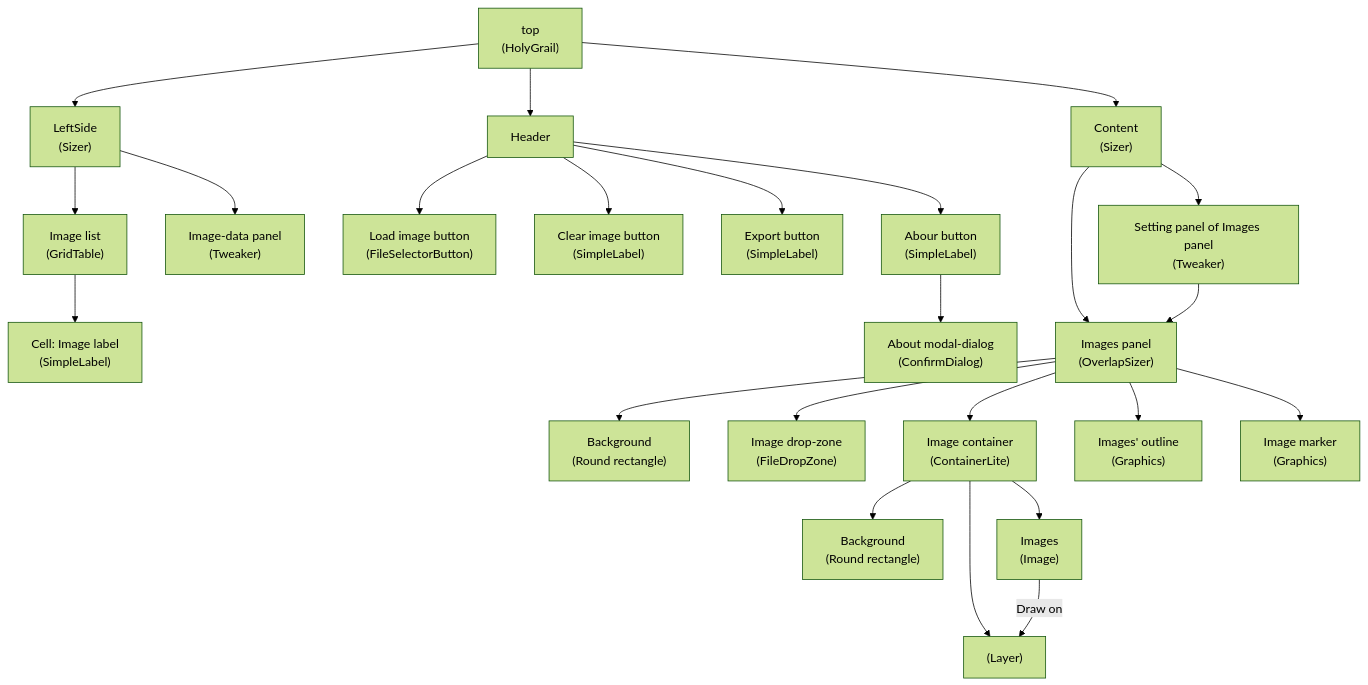
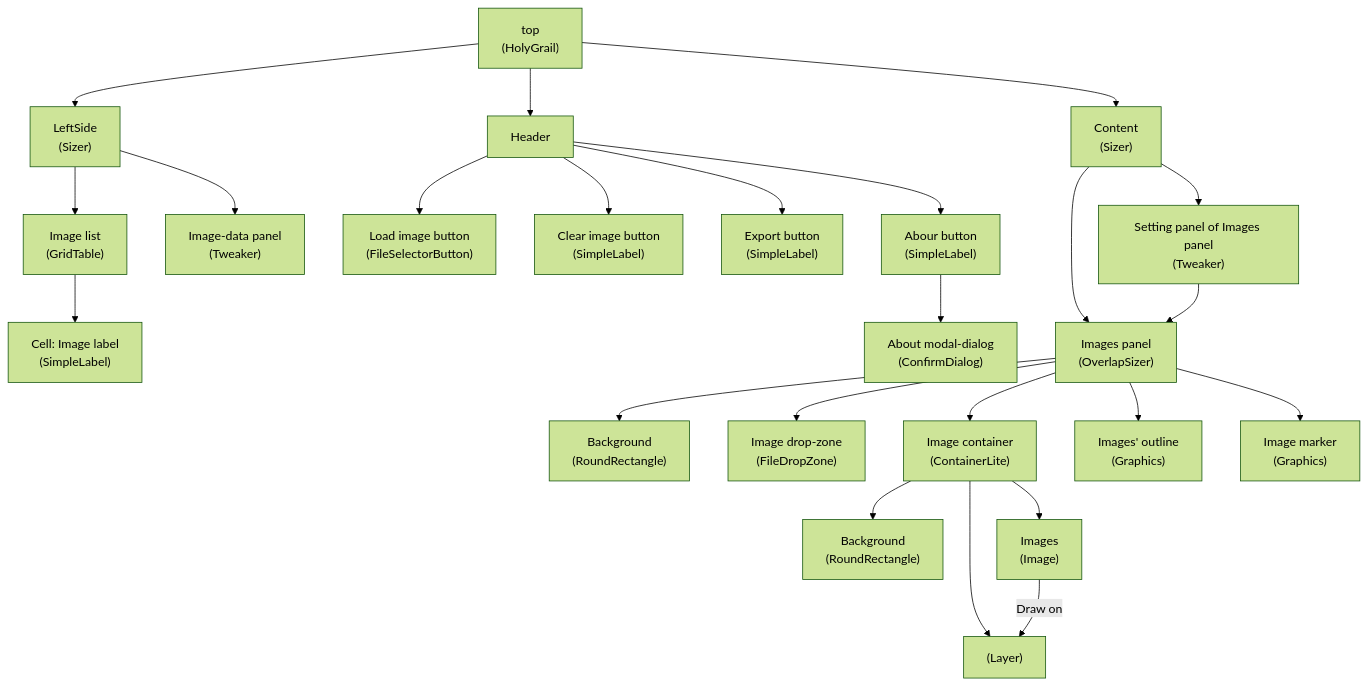
One commit to rexrainbow/phaser3-rex-playground changed the diagram in projects/atlas-packer/readme.md. Above: the diagram before and after it, drawn with Mermaid (forest theme).

````diff
--- a/projects/atlas-packer/readme.md
+++ b/projects/atlas-packer/readme.md
@@ -3,34 +3,34 @@
 ```mermaid
 graph TD
 
 Top["top<br>(HolyGrail)"]
 
 Top --> LeftSide["LeftSide<br>(Sizer)"]
 LeftSide --> ImageList["Image list<br>(GridTable)"]
 ImageList --> ImageLabel["Cell: Image label<br>(SimpleLabel)"]
 LeftSide --> ImageDataPanel["Image-data panel<br>(Tweaker)"]
 
 Top --> Header
 Header --> LoadImageFilesButton["Load image button<br>(FileSelectorButton)"]
 Header --> ClearImagesButton["Clear image button<br>(SimpleLabel)"]
 Header --> ExportButton["Export button<br>(SimpleLabel)"]
 Header --> AboutButton["Abour button<br>(SimpleLabel)"]
 AboutButton --> AboutModalDialog["About modal-dialog<br>(ConfirmDialog)"]
 
 
 Top --> Content["Content<br>(Sizer)"]
 Content --> ImagesPanel["Images panel<br>(OverlapSizer)"]
-ImagesPanel --> ImagesPanelBackground["Background<br>(Round rectangle)"]
+ImagesPanel --> ImagesPanelBackground["Background<br>(RoundRectangle)"]
 ImagesPanel --> ImageDropZone["Image drop-zone<br>(FileDropZone)"]
 ImagesPanel --> ImageContainer["Image container<br>(ContainerLite)"]
 ImagesPanel --> ImagesOutline["Images' outline<br>(Graphics)"]
 ImagesPanel --> ImageMarker["Image marker<br>(Graphics)"]
 
-ImageContainer --> ImageContainerBackground["Background<br>(Round rectangle)"]
+ImageContainer --> ImageContainerBackground["Background<br>(RoundRectangle)"]
 ImageContainer --> Layer
 ImageContainer --> Images["Images<br>(Image)"]
 Images --> |Draw on| Layer["(Layer)"]
 
 Content --> ImagesPanelSettingPanel["Setting panel of Images panel<br>(Tweaker)"]
 ImagesPanelSettingPanel --> ImagesPanel
 ```
````
